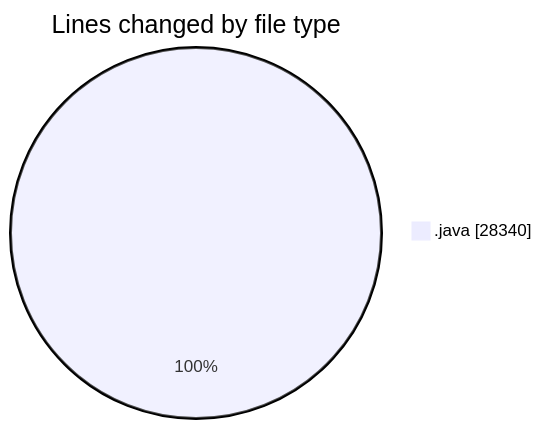
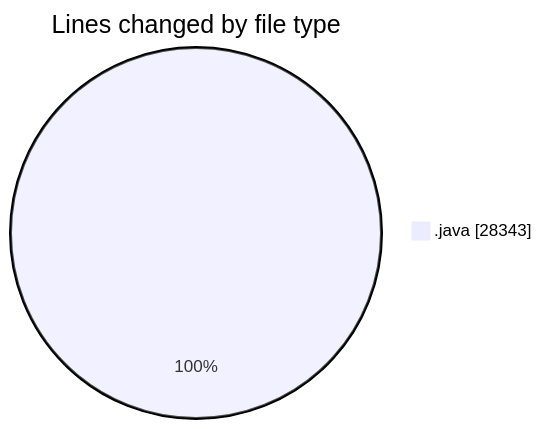
Before and after one commit to ricardozamudiocil/code-tracking: the first of 2 diagrams in 2026-05-19/cilapp/README.md, drawn with Mermaid. The commit also changed other lines of this file and 1 other file, not shown here.

````diff
--- a/2026-05-19/cilapp/README.md
+++ b/2026-05-19/cilapp/README.md
@@ -25,5 +25,5 @@
 ```mermaid
 pie showData
 title Lines changed by file type
-".java" : 28340
+".java" : 28343
 ```
````
